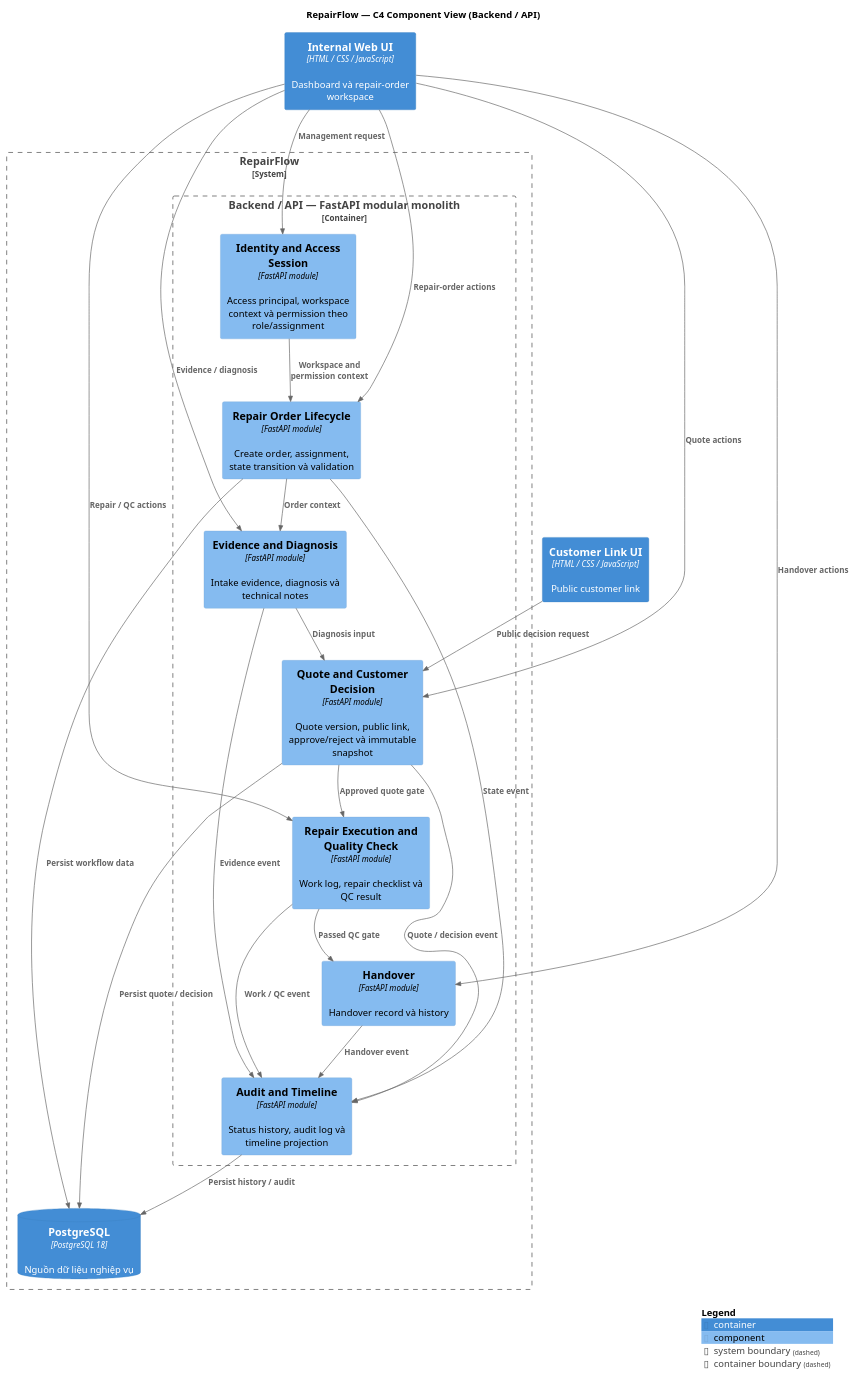
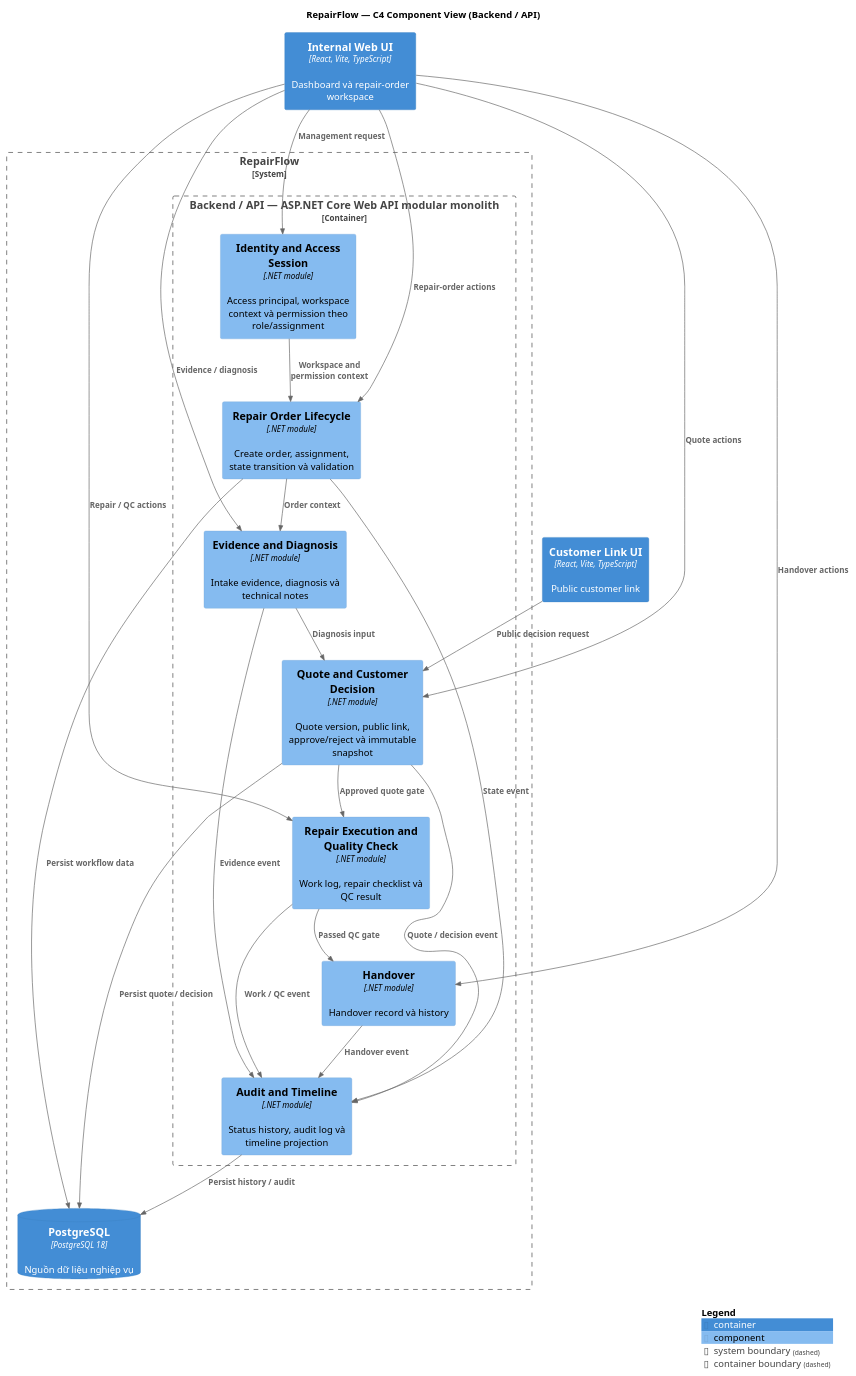
Before and after one commit to datdt03/DOTHANHDAT_INTERN_01278: the diagram in docs/v0/architecture/repairflow-c4-component.puml, drawn with PlantUML. The commit also changed 52 other files, not shown here.

First line of the commit message:
feat(api): implement access feature boundary for authentication and session

```diff
--- a/docs/v0/architecture/repairflow-c4-component.puml
+++ b/docs/v0/architecture/repairflow-c4-component.puml
@@ -1,46 +1,46 @@
 @startuml repairflow-c4-component
 !include <C4/C4_Component>
 
 LAYOUT_TOP_DOWN()
 title RepairFlow — C4 Component View (Backend / API)
 
-Container(internalUi, "Internal Web UI", "HTML / CSS / JavaScript", "Dashboard và repair-order workspace")
-Container(customerUi, "Customer Link UI", "HTML / CSS / JavaScript", "Public customer link")
+Container(internalUi, "Internal Web UI", "React, Vite, TypeScript", "Dashboard và repair-order workspace")
+Container(customerUi, "Customer Link UI", "React, Vite, TypeScript", "Public customer link")
 
 System_Boundary(repairflow, "RepairFlow") {
-    Container_Boundary(api, "Backend / API — FastAPI modular monolith") {
-        Component(identity, "Identity and Access Session", "FastAPI module", "Access principal, workspace context và permission theo role/assignment")
-        Component(order, "Repair Order Lifecycle", "FastAPI module", "Create order, assignment, state transition và validation")
-        Component(evidence, "Evidence and Diagnosis", "FastAPI module", "Intake evidence, diagnosis và technical notes")
-        Component(quote, "Quote and Customer Decision", "FastAPI module", "Quote version, public link, approve/reject và immutable snapshot")
-        Component(execution, "Repair Execution and Quality Check", "FastAPI module", "Work log, repair checklist và QC result")
-        Component(handover, "Handover", "FastAPI module", "Handover record và history")
-        Component(audit, "Audit and Timeline", "FastAPI module", "Status history, audit log và timeline projection")
+    Container_Boundary(api, "Backend / API — ASP.NET Core Web API modular monolith") {
+        Component(identity, "Identity and Access Session", ".NET module", "Access principal, workspace context và permission theo role/assignment")
+        Component(order, "Repair Order Lifecycle", ".NET module", "Create order, assignment, state transition và validation")
+        Component(evidence, "Evidence and Diagnosis", ".NET module", "Intake evidence, diagnosis và technical notes")
+        Component(quote, "Quote and Customer Decision", ".NET module", "Quote version, public link, approve/reject và immutable snapshot")
+        Component(execution, "Repair Execution and Quality Check", ".NET module", "Work log, repair checklist và QC result")
+        Component(handover, "Handover", ".NET module", "Handover record và history")
+        Component(audit, "Audit and Timeline", ".NET module", "Status history, audit log và timeline projection")
     }
     ContainerDb(database, "PostgreSQL", "PostgreSQL 18", "Nguồn dữ liệu nghiệp vụ")
 }
 
 Rel(internalUi, identity, "Management request")
 Rel(internalUi, order, "Repair-order actions")
 Rel(internalUi, evidence, "Evidence / diagnosis")
 Rel(internalUi, quote, "Quote actions")
 Rel(internalUi, execution, "Repair / QC actions")
 Rel(internalUi, handover, "Handover actions")
 Rel(customerUi, quote, "Public decision request")
 
 Rel(identity, order, "Workspace and permission context")
 Rel(order, evidence, "Order context")
 Rel(evidence, quote, "Diagnosis input")
 Rel(quote, execution, "Approved quote gate")
 Rel(execution, handover, "Passed QC gate")
 Rel(order, audit, "State event")
 Rel(evidence, audit, "Evidence event")
 Rel(quote, audit, "Quote / decision event")
 Rel(execution, audit, "Work / QC event")
 Rel(handover, audit, "Handover event")
 Rel(order, database, "Persist workflow data")
 Rel(quote, database, "Persist quote / decision")
 Rel(audit, database, "Persist history / audit")
 
 SHOW_LEGEND()
 @enduml
```
